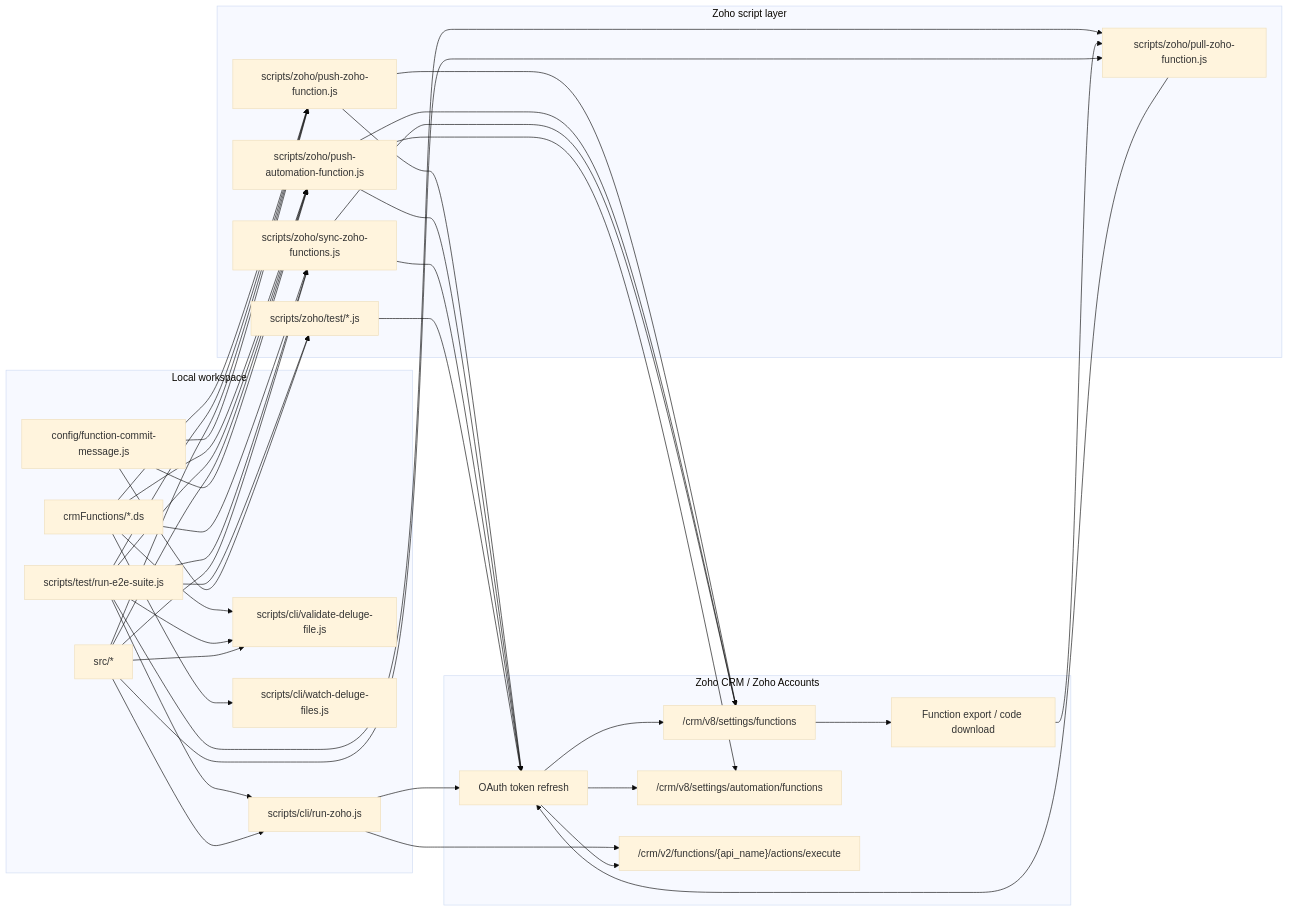
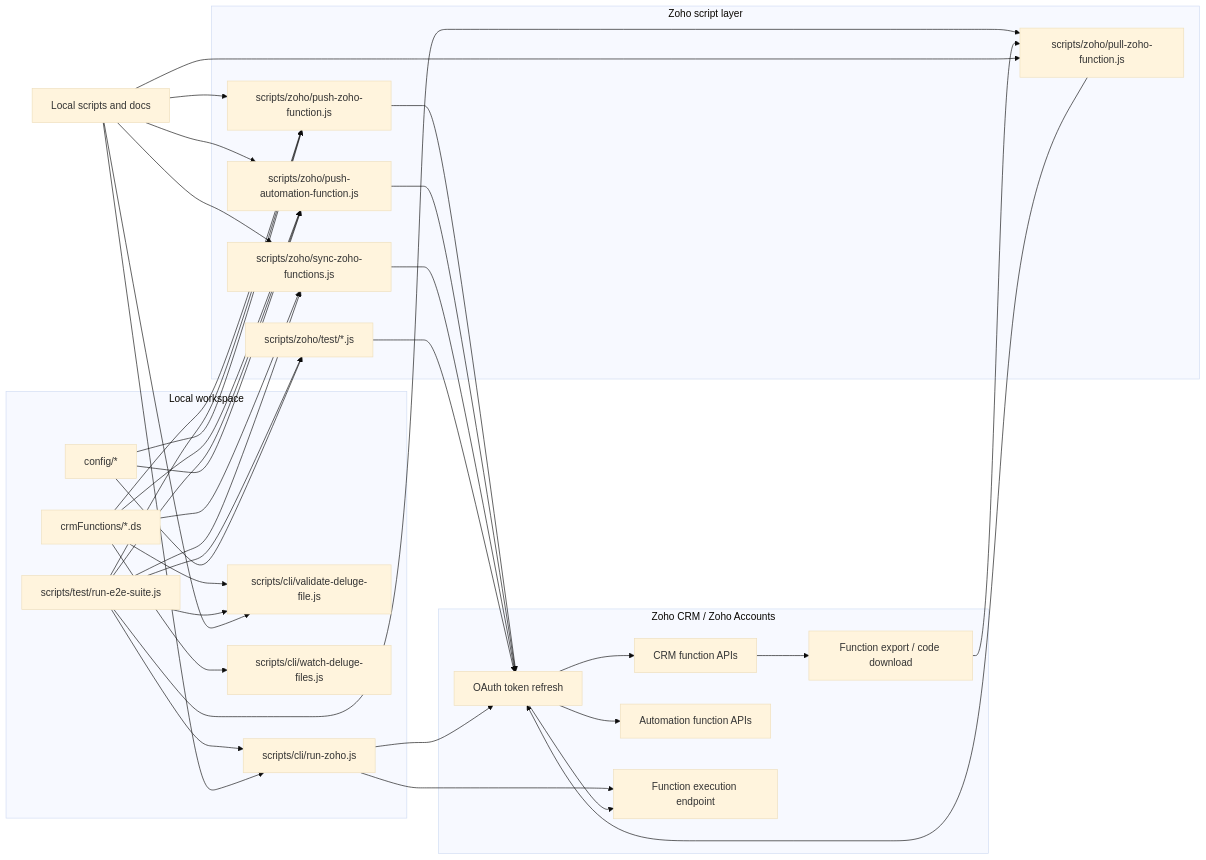
One commit to ceyond/crm-functions-tool changed the diagram in docs/ARCHITECTURE_MAP.md. Above: the diagram before and after it, drawn with Mermaid (base theme). The commit also changed other lines of this file and 12 other files, not shown here.

````diff
--- a/docs/ARCHITECTURE_MAP.md
+++ b/docs/ARCHITECTURE_MAP.md
@@ -5,72 +5,66 @@
 ```mermaid
 flowchart LR
   subgraph Local["Local workspace"]
     DS["crmFunctions/*.ds"]
     CLI_VALIDATE["scripts/cli/validate-deluge-file.js"]
     CLI_WATCH["scripts/cli/watch-deluge-files.js"]
     CLI_RUN["scripts/cli/run-zoho.js"]
     E2E["scripts/test/run-e2e-suite.js"]
-    SRC["src/*"]
-    CONFIG["config/function-commit-message.js"]
+    CONFIG["config/*"]
   end
 
   subgraph Zoho["Zoho CRM / Zoho Accounts"]
     AUTH["OAuth token refresh"]
-    CRM_FUNCS["/crm/v8/settings/functions"]
-    CRM_AUTOMATION["/crm/v8/settings/automation/functions"]
-    CRM_EXEC["/crm/v2/functions/{api_name}/actions/execute"]
+    CRM_FUNCS["CRM function APIs"]
+    CRM_AUTOMATION["Automation function APIs"]
+    CRM_EXEC["Function execution endpoint"]
     PULL_API["Function export / code download"]
   end
 
-  subgraph PushLayer["Zoho script layer"]
+  subgraph ScriptLayer["Zoho script layer"]
     PUSH["scripts/zoho/push-zoho-function.js"]
     PUSH_AUTO["scripts/zoho/push-automation-function.js"]
     PULL["scripts/zoho/pull-zoho-function.js"]
     SYNC["scripts/zoho/sync-zoho-functions.js"]
     TEST_PUSH["scripts/zoho/test/*.js"]
   end
 
   DS --> CLI_VALIDATE
   DS --> CLI_WATCH
   DS --> PUSH
   DS --> PUSH_AUTO
   DS --> SYNC
 
   CLI_RUN --> CRM_EXEC
   E2E --> CLI_VALIDATE
   E2E --> CLI_RUN
   E2E --> PULL
   E2E --> TEST_PUSH
   E2E --> PUSH
   E2E --> PUSH_AUTO
   E2E --> SYNC
 
   PUSH --> AUTH
   PUSH_AUTO --> AUTH
   PULL --> AUTH
   SYNC --> AUTH
   TEST_PUSH --> AUTH
   CLI_RUN --> AUTH
 
   AUTH --> CRM_FUNCS
   AUTH --> CRM_AUTOMATION
   AUTH --> CRM_EXEC
   CRM_FUNCS --> PULL_API
   PULL_API --> PULL
 
-  PUSH --> CRM_FUNCS
-  PUSH_AUTO --> CRM_FUNCS
-  PUSH_AUTO --> CRM_AUTOMATION
-  SYNC --> CRM_FUNCS
-
-  SRC --> CLI_VALIDATE
+  SRC["Local scripts and docs"] --> CLI_VALIDATE
   SRC --> CLI_RUN
   SRC --> PUSH
   SRC --> PUSH_AUTO
   SRC --> PULL
   SRC --> SYNC
 
   CONFIG --> PUSH
   CONFIG --> PUSH_AUTO
   CONFIG --> TEST_PUSH
 ```
````
